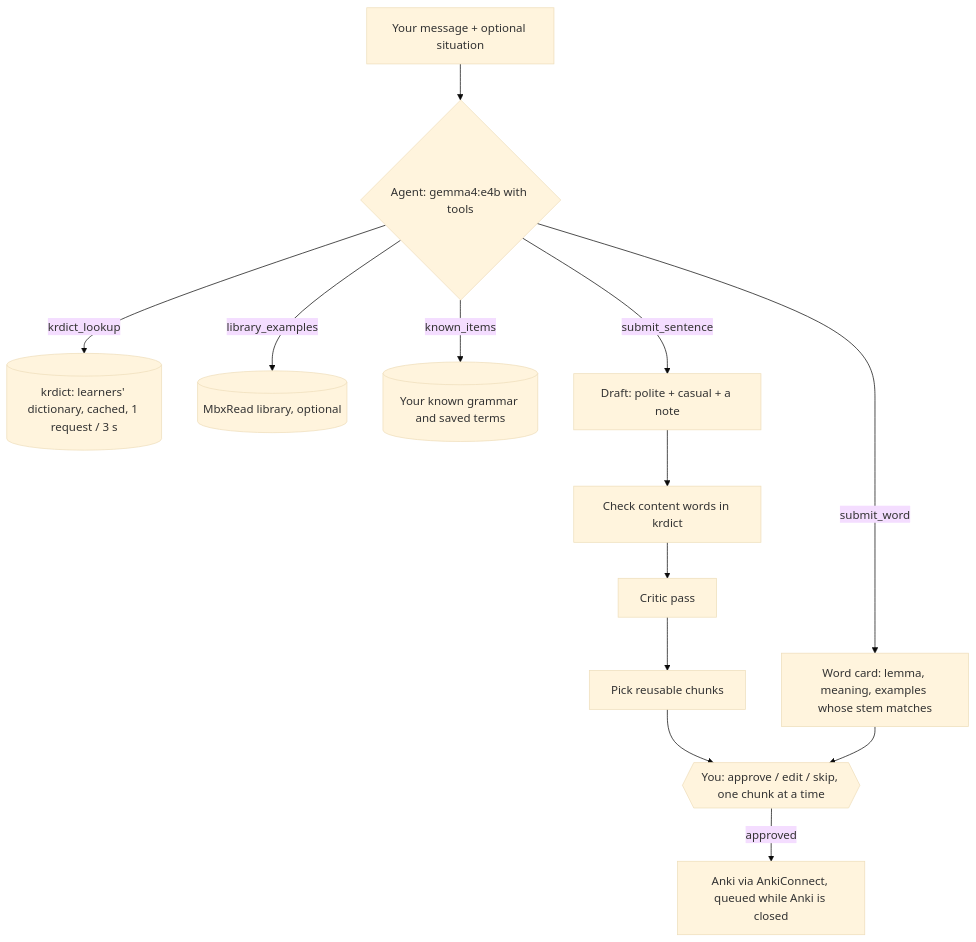
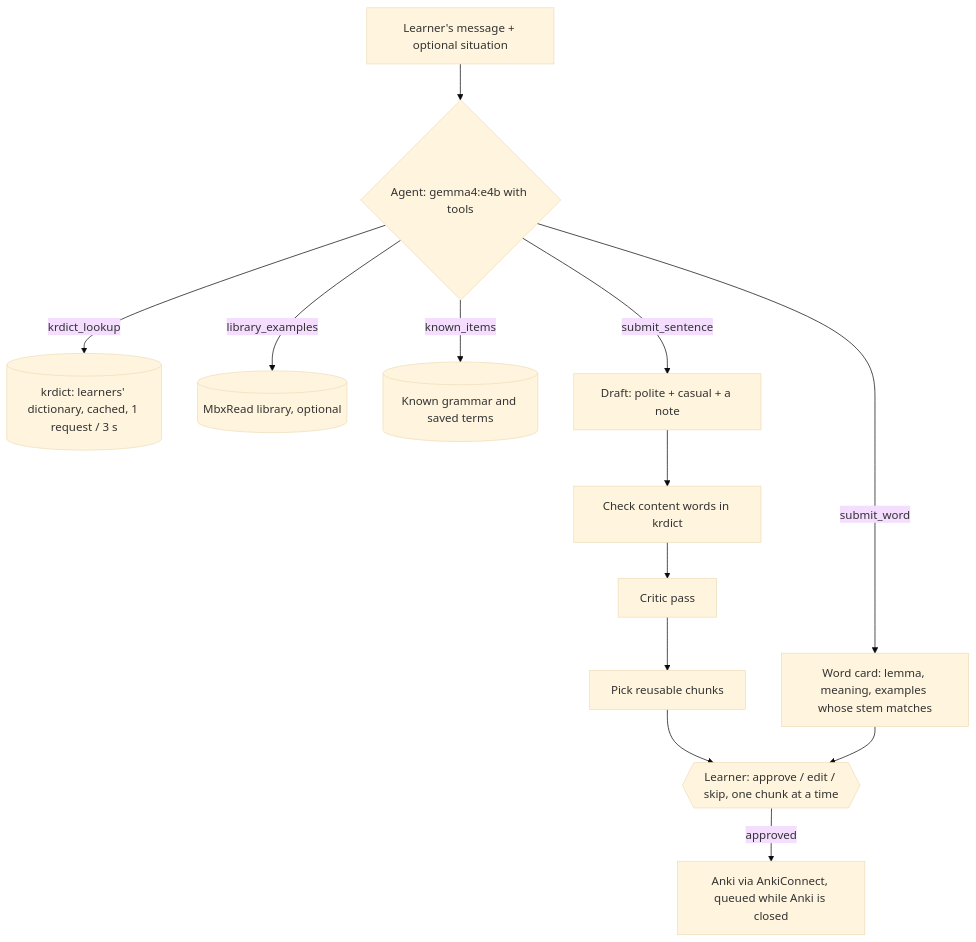
One commit to miobix/MbxChat-public changed the first of 3 diagrams in docs/FEATURES.md. Above: the diagram before and after it, drawn with Mermaid (base theme). The commit also changed other lines of this file and 13 other files, not shown here.

````diff
--- a/docs/FEATURES.md
+++ b/docs/FEATURES.md
@@ -23,15 +23,15 @@
 ```mermaid
 flowchart TD
-  msg[Your message + optional situation] --> agent{Agent: gemma4:e4b with tools}
+  msg[Learner's message + optional situation] --> agent{Agent: gemma4:e4b with tools}
   agent -->|krdict_lookup| krdict[(krdict: learners' dictionary, cached, 1 request / 3 s)]
   agent -->|library_examples| mbxread[(MbxRead library, optional)]
-  agent -->|known_items| db[(Your known grammar and saved terms)]
+  agent -->|known_items| db[(Known grammar and saved terms)]
   agent -->|submit_word| word[Word card: lemma, meaning, examples whose stem matches]
   agent -->|submit_sentence| draft[Draft: polite + casual + a note]
   draft --> lookup[Check content words in krdict]
   lookup --> critic[Critic pass]
   critic --> chunks[Pick reusable chunks]
-  chunks --> review{{You: approve / edit / skip, one chunk at a time}}
+  chunks --> review{{Learner: approve / edit / skip, one chunk at a time}}
   word --> review
   review -->|approved| anki[Anki via AnkiConnect, queued while Anki is closed]
 ```
````
